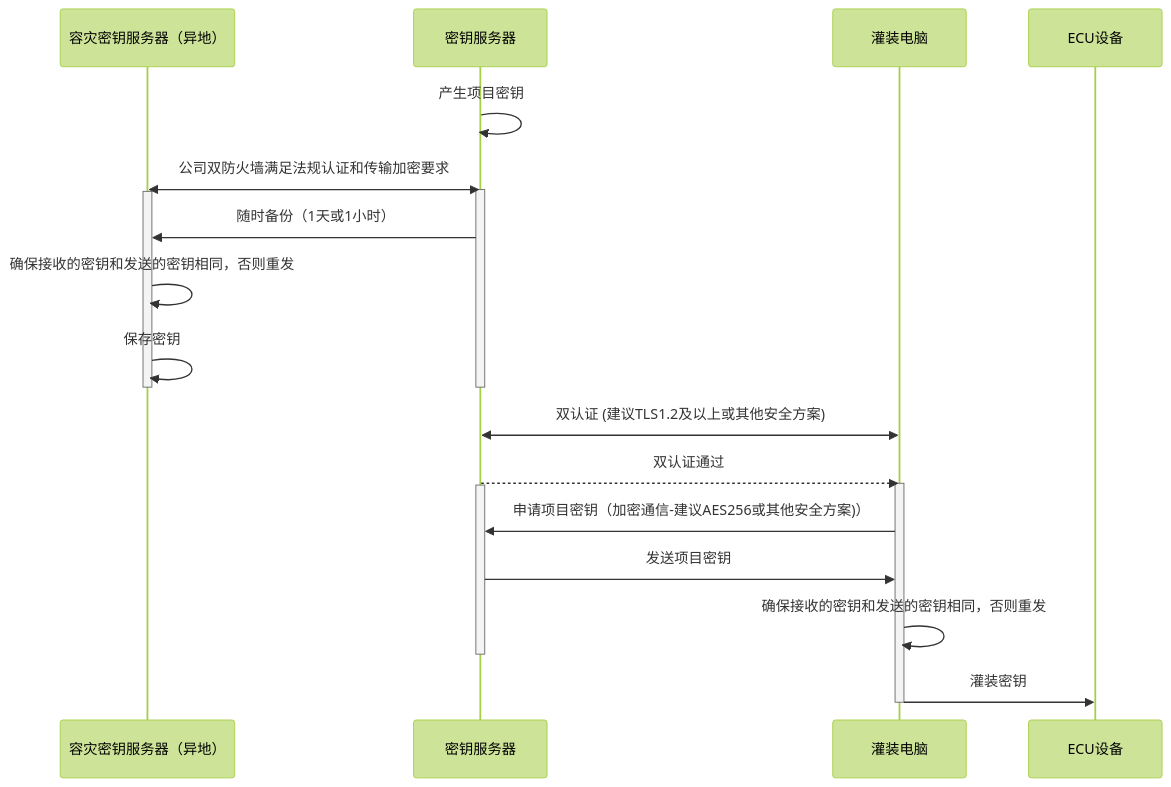
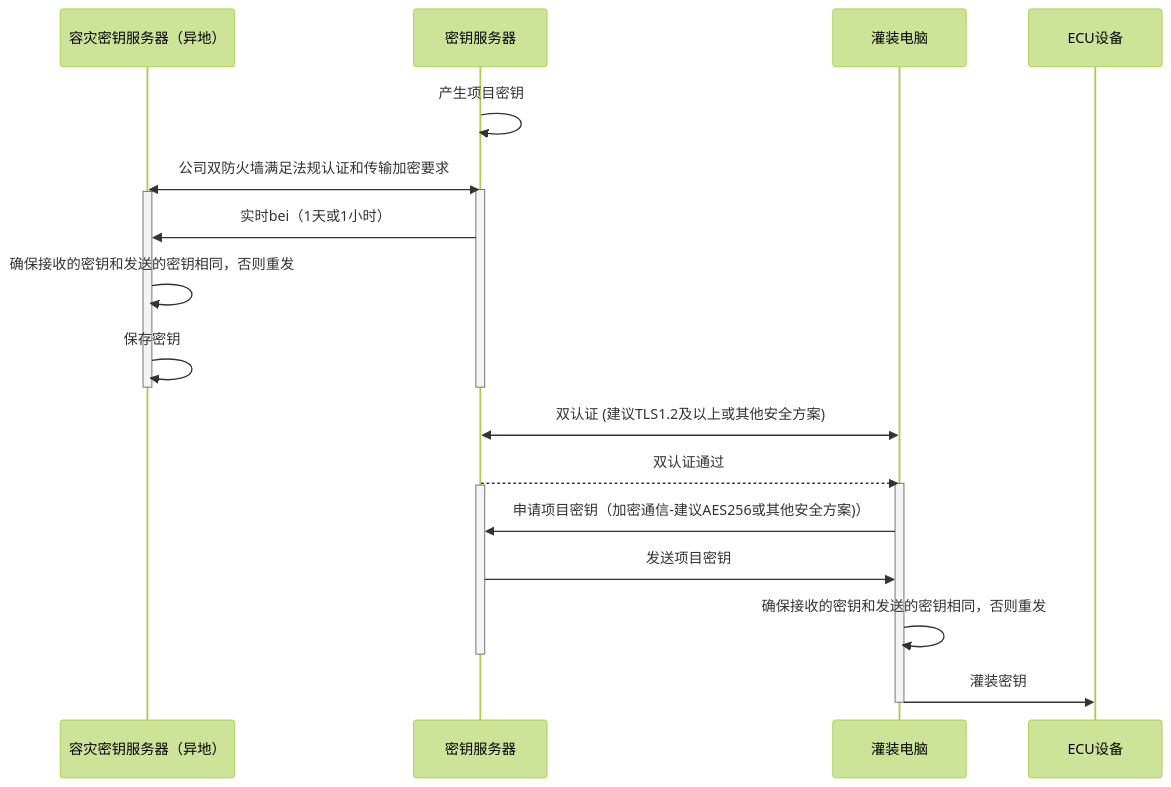
One commit to facebook-cloud/iodraw-files changed the diagram in all/未命名-15.md. Above: the diagram before and after it, drawn with Mermaid (forest theme).

Commit message:
2026-02-07 09:49:35 update

````diff
--- a/all/未命名-15.md
+++ b/all/未命名-15.md
@@ -1,31 +1,31 @@
 ```mermaid
 sequenceDiagram
     participant B as 容灾密钥服务器（异地）
     participant A as 密钥服务器
     participant C as 灌装电脑
     participant D as ECU设备
 
     A->>A: 产生项目密钥
     A<<->>B: 公司双防火墙满足法规认证和传输加密要求
     activate A
     activate B
-    A->>B: 随时备份（1天或1小时）
+    A->>B: 实时bei（1天或1小时）
 
     B->>B: 确保接收的密钥和发送的密钥相同，否则重发
     B->>B: 保存密钥
     deactivate B
     deactivate A
 
     C<<->>A: 双认证 (建议TLS1.2及以上或其他安全方案)
     A-->>C: 双认证通过
     activate C
     activate A
     C->>A: 申请项目密钥（加密通信-建议AES256或其他安全方案)）
     A->>C: 发送项目密钥
 
     C->>C: 确保接收的密钥和发送的密钥相同，否则重发
     deactivate A
     C->>D: 灌装密钥
     deactivate C
 
 ```
````
